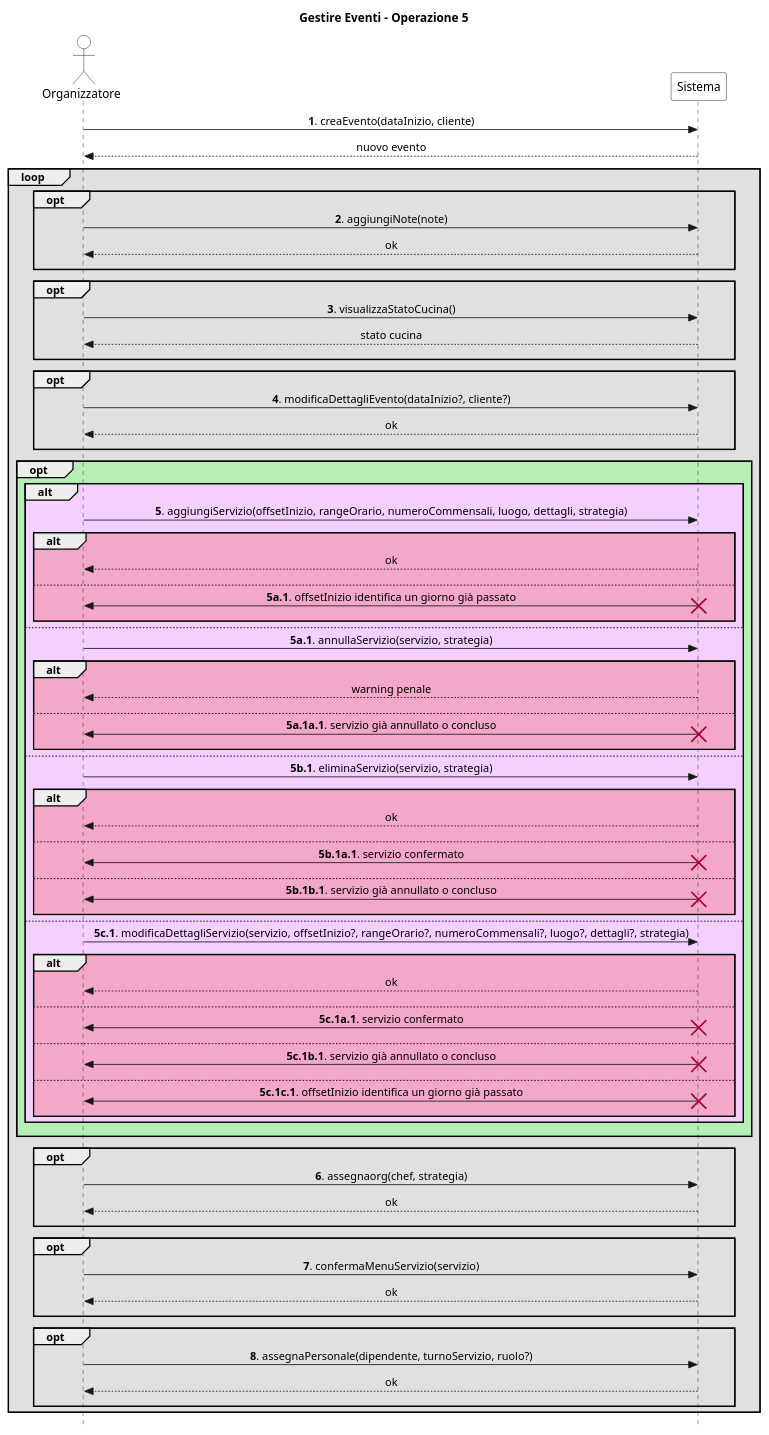
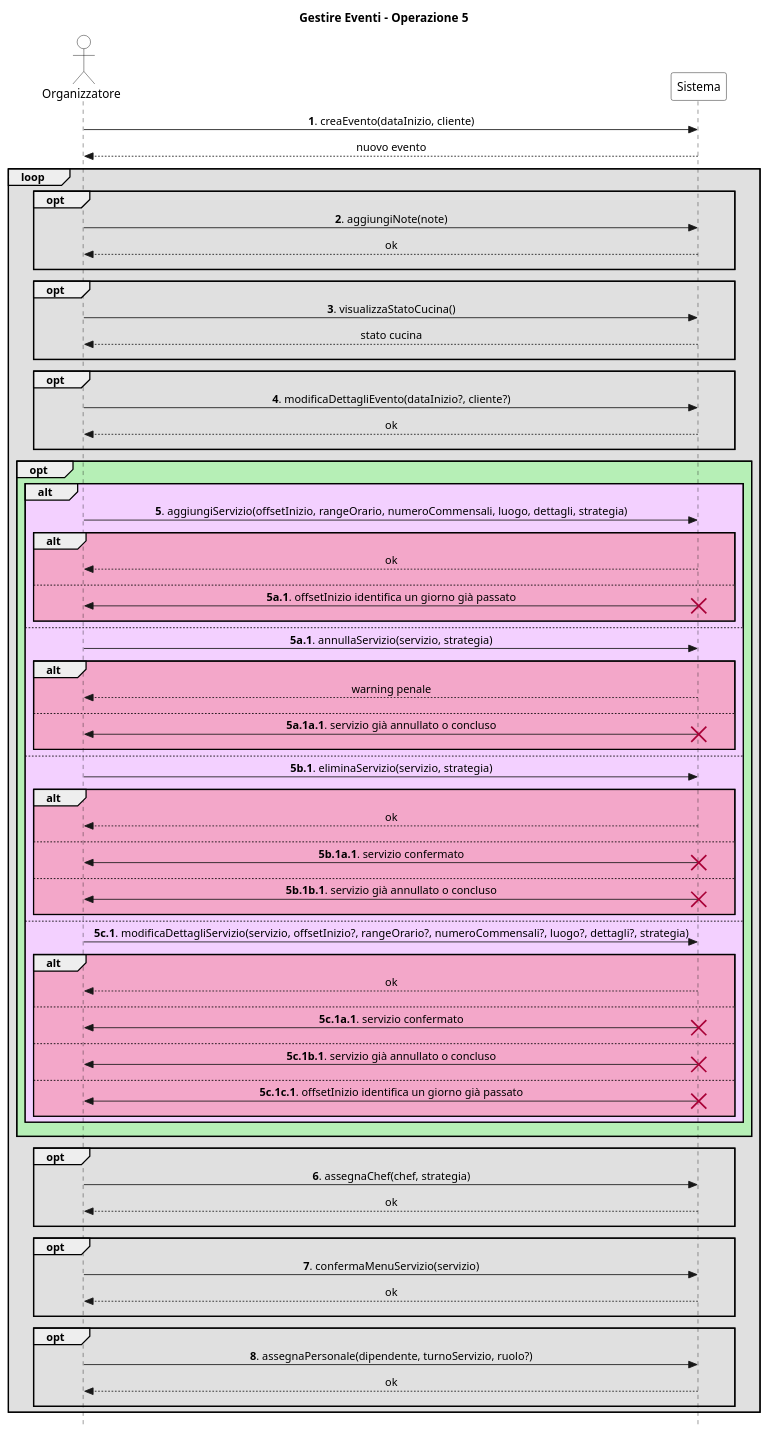
The diagram in UP/Requisiti/UC Gestire Eventi/SSD/Estensioni-Eccezioni Op5.puml (stefa168/sas-project), drawn with PlantUML before and after one commit. The commit also changed 5 other files, not shown here.

```diff
--- a/UP/Requisiti/UC Gestire Eventi/SSD/Estensioni-Eccezioni Op5.puml
+++ b/UP/Requisiti/UC Gestire Eventi/SSD/Estensioni-Eccezioni Op5.puml
@@ -1,114 +1,114 @@
 @startuml
 skinparam Style strictuml
 skinparam SequenceMessageAlign center
 
 skinparam sequence {
     ActorBorderColor Black
     ActorBackgroundColor White
     ParticipantBorderColor Black
     ParticipantBackgroundColor White
 }
 
 actor "Organizzatore" as org
 participant Sistema
 
 title Gestire Eventi - Operazione 5
 
 org -> Sistema: **1**. creaEvento(dataInizio, cliente)
 return nuovo evento
 
 loop #e0e0e0
     opt #e0e0e0
         org -> Sistema: **2**. aggiungiNote(note)
         return ok
         ||10||
     end
 
     opt #e0e0e0
         org -> Sistema: **3**. visualizzaStatoCucina()
         return stato cucina
         ||10||
     end
 
     opt #e0e0e0
         org -> Sistema: **4**. modificaDettagliEvento(dataInizio?, cliente?)
         return ok
         ||10||
     end
 
     opt #b6efb6
         alt #f3d0ff
             org -> Sistema: **5**. aggiungiServizio(offsetInizio, rangeOrario, numeroCommensali, luogo, dettagli, strategia)
             alt #f3a7c9
                 return ok
                 ||10||
             else
                 org <- Sistema: **5a.1**. offsetInizio identifica un giorno già passato
                 destroy Sistema
                 ||10||
             end
         else
             org -> Sistema: **5a.1**. annullaServizio(servizio, strategia)
             alt #f3a7c9
                 return warning penale
                 ||10||
             else
                 org <- Sistema: **5a.1a.1**. servizio già annullato o concluso
                 destroy Sistema
                 ||10||
             end
         else
             org -> Sistema: **5b.1**. eliminaServizio(servizio, strategia)
             alt #f3a7c9
                 return ok
                 ||10||
             else
                 org <- Sistema: **5b.1a.1**. servizio confermato
                 destroy Sistema
                 ||10||
             else
                 org <- Sistema: **5b.1b.1**. servizio già annullato o concluso
                 destroy Sistema
                 ||10||
             end
         else
             org -> Sistema: **5c.1**. modificaDettagliServizio(servizio, offsetInizio?, rangeOrario?, numeroCommensali?, luogo?, dettagli?, strategia)
             alt #f3a7c9
                 return ok
                 ||10||
             else
                 org <- Sistema: **5c.1a.1**. servizio confermato
                 destroy Sistema
                 ||10||
             else
                 org <- Sistema: **5c.1b.1**. servizio già annullato o concluso
                 destroy Sistema
                 ||10||
             else
                 org <- Sistema: **5c.1c.1**. offsetInizio identifica un giorno già passato
                 destroy Sistema
                 ||10||
             end
         end
         ||10||
     end
 
     opt #e0e0e0
-        org -> Sistema: **6**. assegnaorg(chef, strategia)
+        org -> Sistema: **6**. assegnaChef(chef, strategia)
         return ok
         ||10||
     end
 
     opt #e0e0e0
         org -> Sistema: **7**. confermaMenuServizio(servizio)
         return ok
         ||10||
     end
 
     opt #e0e0e0
         org -> Sistema: **8**. assegnaPersonale(dipendente, turnoServizio, ruolo?)
         return ok
         ||10||
     end
 end
 @enduml
```
